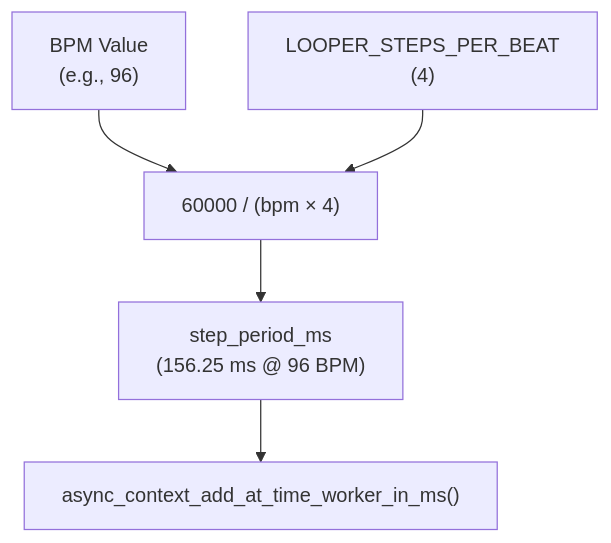
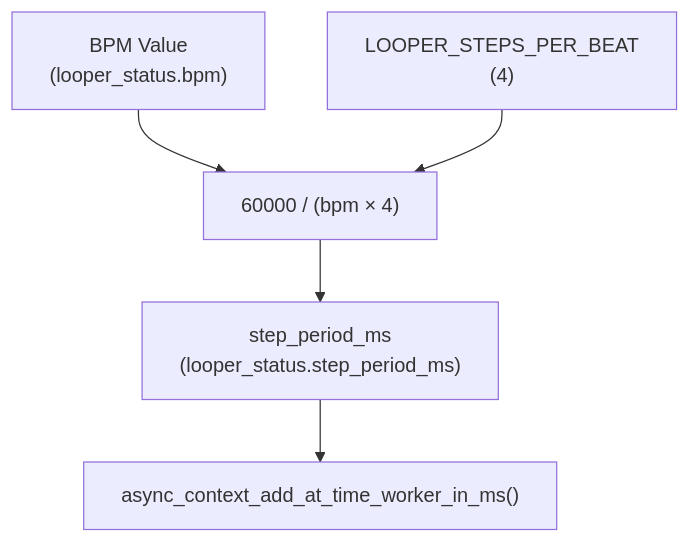
Before and after one commit to Jus-Be/orinayo-pico: the second of 5 diagrams in wiki/5.3-clock-synchronization.md, drawn with Mermaid. The commit also changed other lines of this file and 42 other files, not shown here.

````diff
--- a/wiki/5.3-clock-synchronization.md
+++ b/wiki/5.3-clock-synchronization.md
@@ -147,14 +155,14 @@
 ```mermaid
 flowchart TD
 
-BPM["BPM Value<br>(e.g., 96)"]
+BPM["BPM Value<br>(looper_status.bpm)"]
 StepsPerBeat["LOOPER_STEPS_PER_BEAT<br>(4)"]
 Formula["60000 / (bpm × 4)"]
-StepPeriod["step_period_ms<br>(156.25 ms @ 96 BPM)"]
+StepPeriod["step_period_ms<br>(looper_status.step_period_ms)"]
 AsyncTimer["async_context_add_at_time_worker_in_ms()"]
 
 BPM --> Formula
 StepsPerBeat --> Formula
 Formula --> StepPeriod
 StepPeriod --> AsyncTimer
 ```
````
